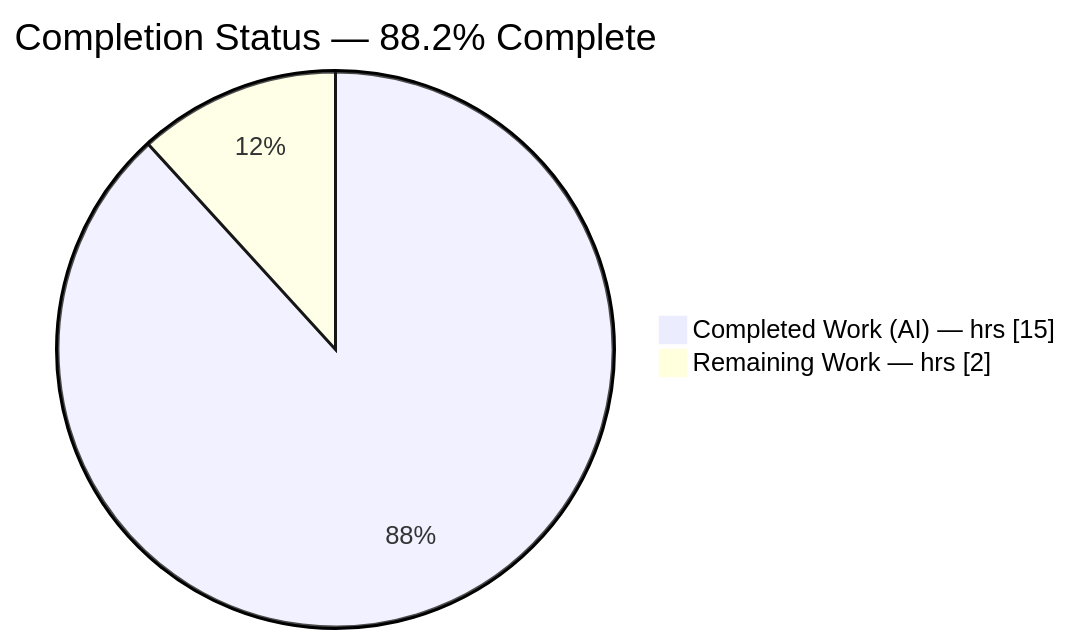
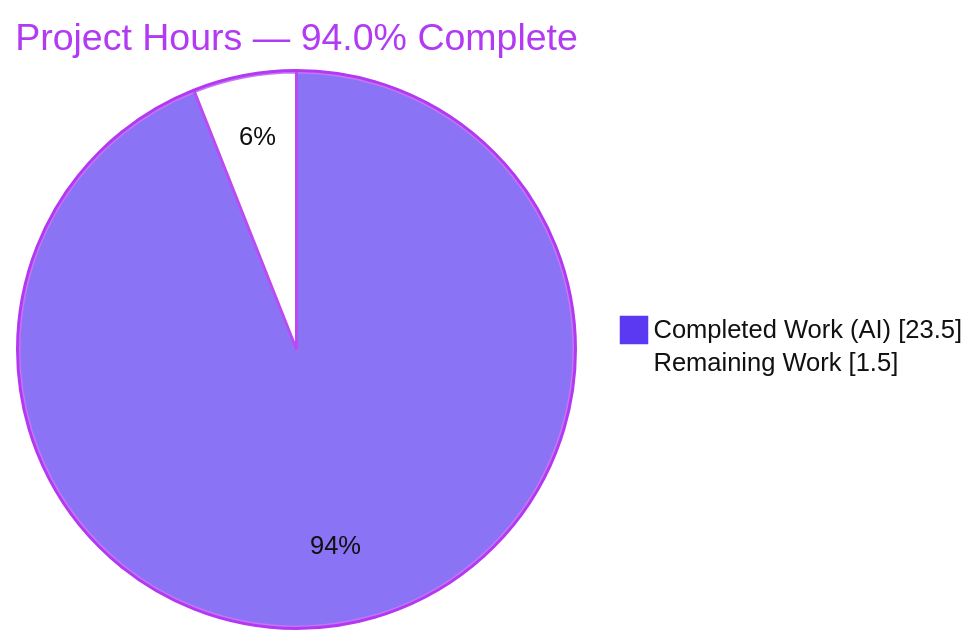
The first of 3 diagrams in blitzy/documentation/Project Guide.md (lakshya-blitzy/march_repo_hello_world), drawn with Mermaid before and after one commit. The commit also changed other lines of this file, not shown here.

Commit message:
Adding Blitzy Project Guide: Project Status and Human Tasks Remaining

````diff
--- a/blitzy/documentation/Project Guide.md
+++ b/blitzy/documentation/Project Guide.md
@@ -16,5 +16,6 @@
 ```mermaid
-pie showData title Completion Status — 88.2% Complete
-    "Completed Work (AI) — hrs" : 15
-    "Remaining Work — hrs" : 2
+%%{init: {'theme':'base','themeVariables':{'pie1':'#5B39F3','pie2':'#FFFFFF','pieStrokeColor':'#B23AF2','pieStrokeWidth':'2px','pieOuterStrokeColor':'#B23AF2','pieOuterStrokeWidth':'2px','pieTitleTextColor':'#B23AF2','pieSectionTextColor':'#111111','pieLegendTextColor':'#111111'}}}%%
+pie showData title Project Hours — 94.0% Complete
+    "Completed Work (AI)" : 23.5
+    "Remaining Work" : 1.5
 ```
````
